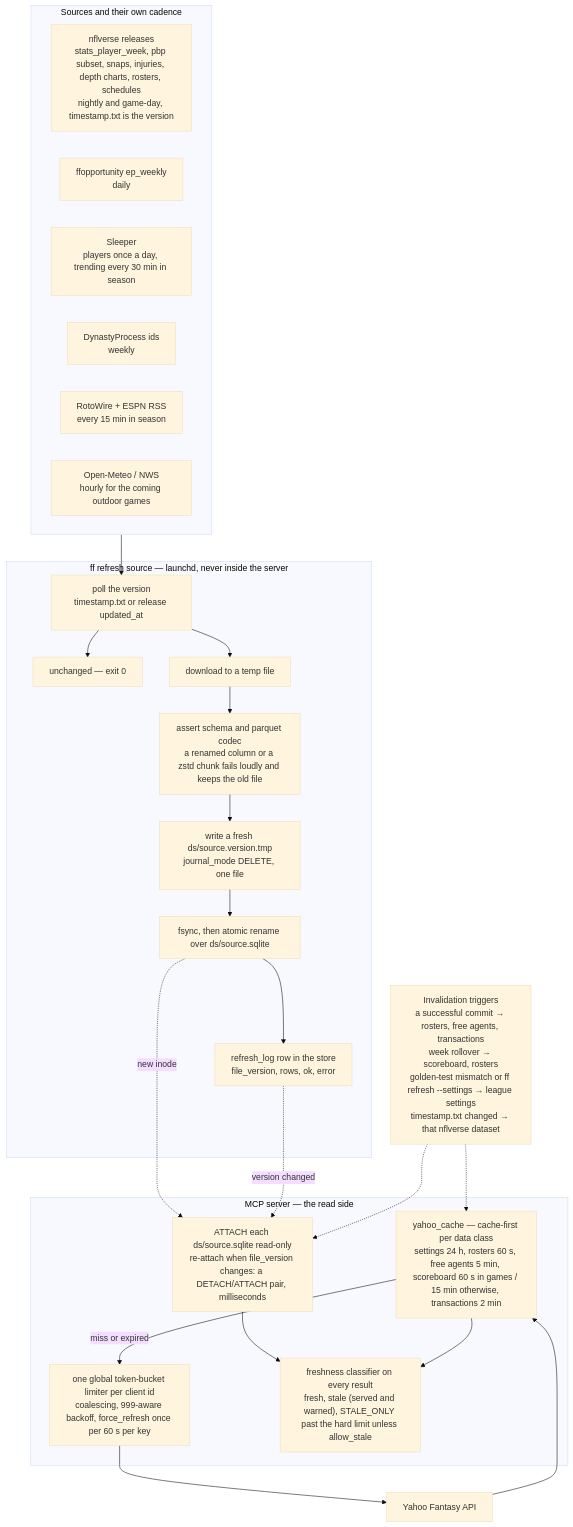
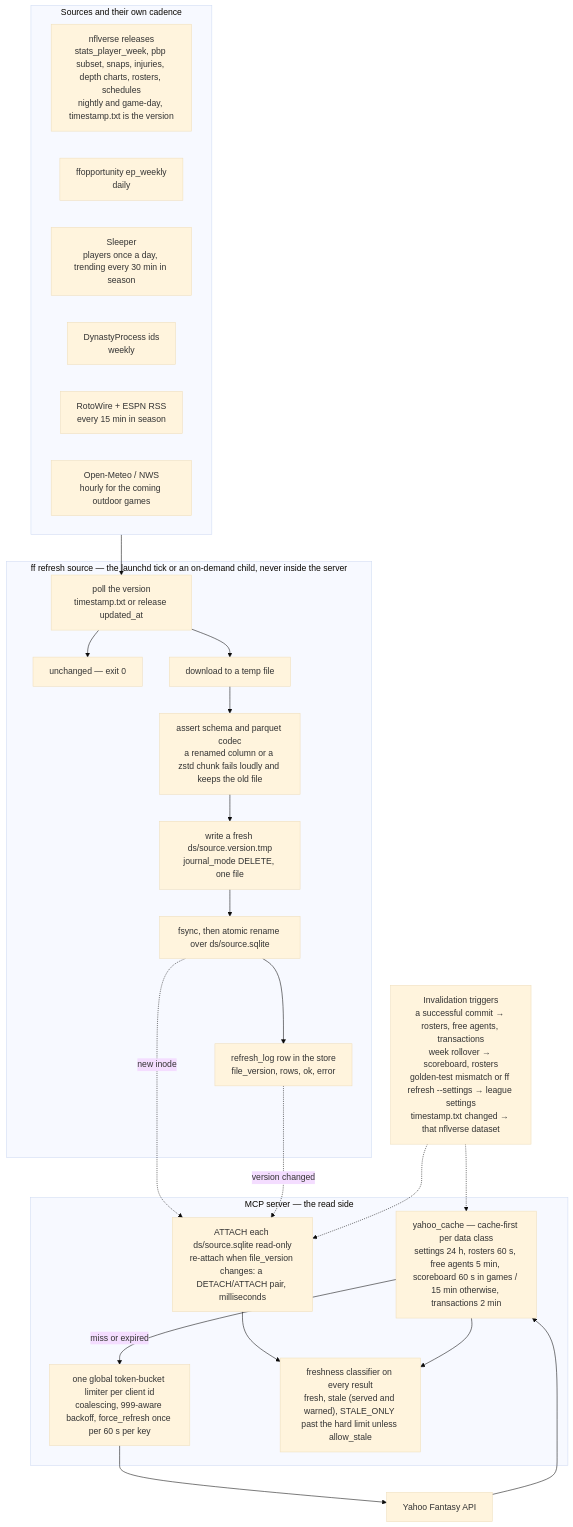
One commit to ChadPapineau/yahoo-fantasy-football-mcp changed the third of 7 diagrams in README.md. Above: the diagram before and after it, drawn with Mermaid (base theme). The commit also changed other lines of this file and 3 other files, not shown here.

````diff
--- a/README.md
+++ b/README.md
@@ -260,40 +266,40 @@
 ```mermaid
 %% Data ingestion and caching — two paths into one read side. No dataset write ever lands in store.sqlite
 flowchart TB
   subgraph SRC["Sources and their own cadence"]
     NV["nflverse releases<br/>stats_player_week, pbp subset, snaps, injuries, depth charts, rosters, schedules<br/>nightly and game-day, timestamp.txt is the version"]
     FFO["ffopportunity ep_weekly<br/>daily"]
     SLP["Sleeper<br/>players once a day, trending every 30 min in season"]
     DP["DynastyProcess ids<br/>weekly"]
     RSS["RotoWire + ESPN RSS<br/>every 15 min in season"]
     WX["Open-Meteo / NWS<br/>hourly for the coming outdoor games"]
   end
-  subgraph REFRESH["ff refresh source — launchd, never inside the server"]
+  subgraph REFRESH["ff refresh source — the launchd tick or an on-demand child, never inside the server"]
     POLL["poll the version<br/>timestamp.txt or release updated_at"]
     SKIP["unchanged — exit 0"]
     DL["download to a temp file"]
     ASSERT["assert schema and parquet codec<br/>a renamed column or a zstd chunk fails loudly and keeps the old file"]
     WRITE["write a fresh ds/source.version.tmp<br/>journal_mode DELETE, one file"]
     FSYNC["fsync, then atomic rename over ds/source.sqlite"]
     LOG["refresh_log row in the store<br/>file_version, rows, ok, error"]
   end
   subgraph SERVER["MCP server — the read side"]
     ATT["ATTACH each ds/source.sqlite read-only<br/>re-attach when file_version changes: a DETACH/ATTACH pair, milliseconds"]
     YC["yahoo_cache — cache-first per data class<br/>settings 24 h, rosters 60 s, free agents 5 min, scoreboard 60 s in games / 15 min otherwise, transactions 2 min"]
     LIM["one global token-bucket limiter per client id<br/>coalescing, 999-aware backoff, force_refresh once per 60 s per key"]
     FRESH["freshness classifier on every result<br/>fresh, stale (served and warned), STALE_ONLY past the hard limit unless allow_stale"]
   end
   YAHOO["Yahoo Fantasy API"]
   INV["Invalidation triggers<br/>a successful commit → rosters, free agents, transactions<br/>week rollover → scoreboard, rosters<br/>golden-test mismatch or ff refresh --settings → league settings<br/>timestamp.txt changed → that nflverse dataset"]
   SRC --> POLL
   POLL --> SKIP
   POLL --> DL --> ASSERT --> WRITE --> FSYNC --> LOG
   FSYNC -. "new inode" .-> ATT
   LOG -. "version changed" .-> ATT
   YC -- "miss or expired" --> LIM --> YAHOO
   YAHOO --> YC
   ATT --> FRESH
   YC --> FRESH
   INV -.-> YC
   INV -.-> ATT
 ```
````
